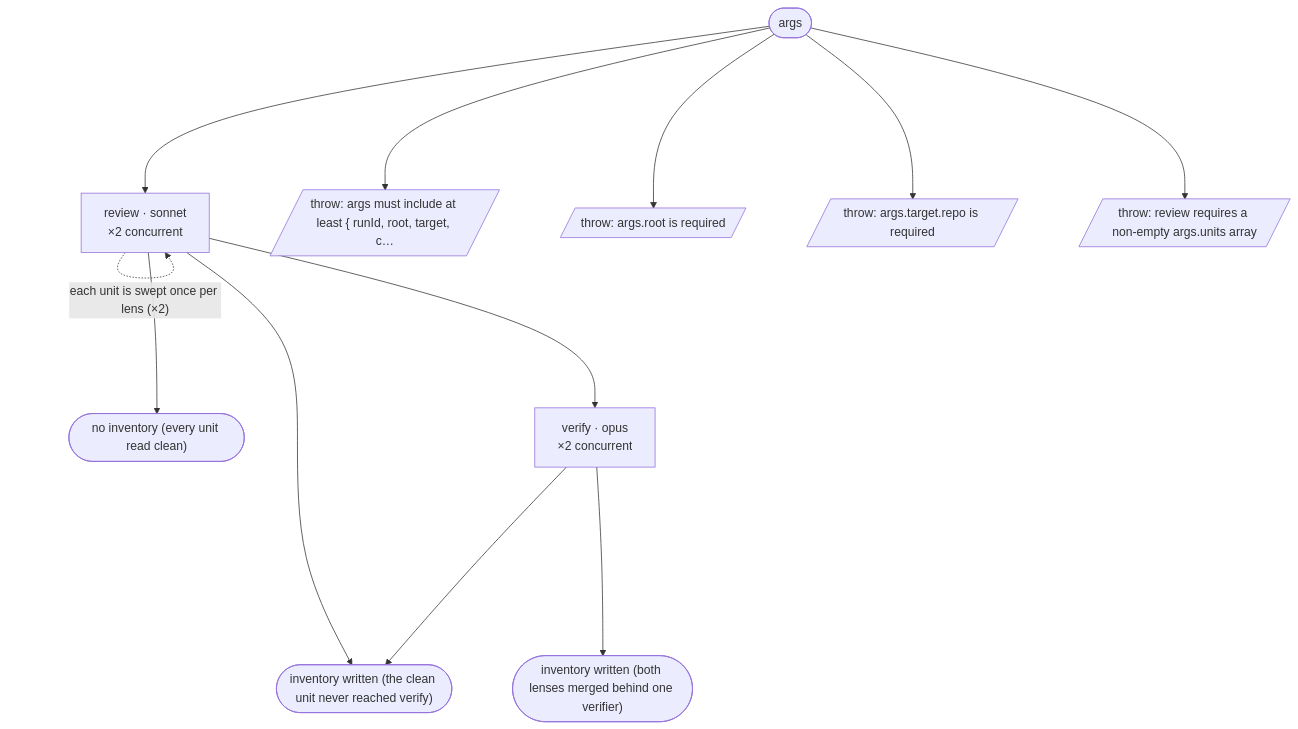
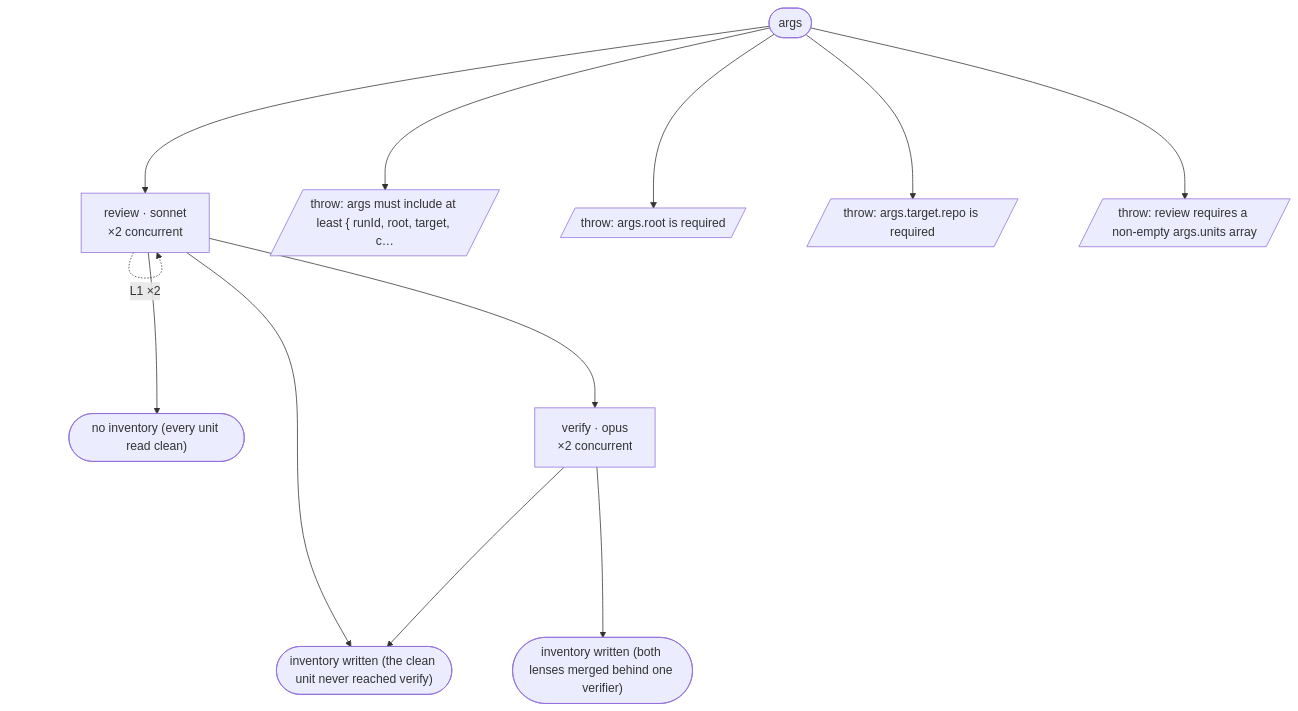
The diagram in workflows/debug/FLOW-review.md (Blakeem/aipromptguide-workflows), drawn with Mermaid before and after one commit. The commit also changed other lines of this file and 35 other files, not shown here.

````diff
--- a/workflows/debug/FLOW-review.md
+++ b/workflows/debug/FLOW-review.md
@@ -8,25 +8,25 @@
 ```mermaid
 %%{init: {"flowchart": {"nodeSpacing": 80, "rankSpacing": 200}}}%%
 flowchart TD
   S0(["args"])
   a1["review · sonnet<br/>×2 concurrent"]
   a2["verify · opus<br/>×2 concurrent"]
   t1(["inventory written (the clean unit never reached verify)"])
   t2(["no inventory (every unit read clean)"])
   t3(["inventory written (both lenses merged behind one verifier)"])
   x1[/"throw: args must include at least { runId, root, target, c…"/]
   x2[/"throw: args.root is required"/]
   x3[/"throw: args.target.repo is required"/]
   x4[/"throw: review requires a non-empty args.units array"/]
   S0 --> a1
   S0 --> x1
   S0 --> x2
   S0 --> x3
   S0 --> x4
-  a1 -.->|"each unit is swept once per lens (×2)"| a1
+  a1 -.->|"L1 ×2"| a1
   a1 --> a2
   a1 --> t1
   a1 --> t2
   a2 --> t1
   a2 --> t3
 ```
````
